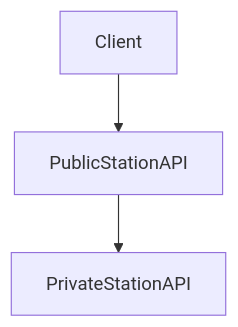
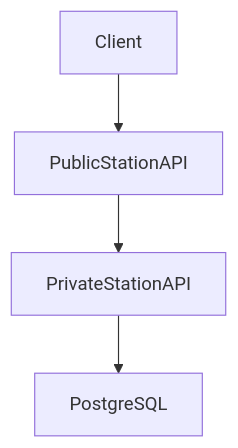
One commit to cornil/ControlAPI changed the diagram in doc/Architecture.md. Above: the diagram before and after it, drawn with Mermaid. The commit also changed 2 other files, not shown here.

Commit message:
Add data requirement

````diff
--- a/doc/Architecture.md
+++ b/doc/Architecture.md
@@ -9,5 +9,6 @@
 ```mermaid
 graph TD
 Client-->PublicStationAPI
 PublicStationAPI-->PrivateStationAPI
+PrivateStationAPI-->PostgreSQL
 ```
````
